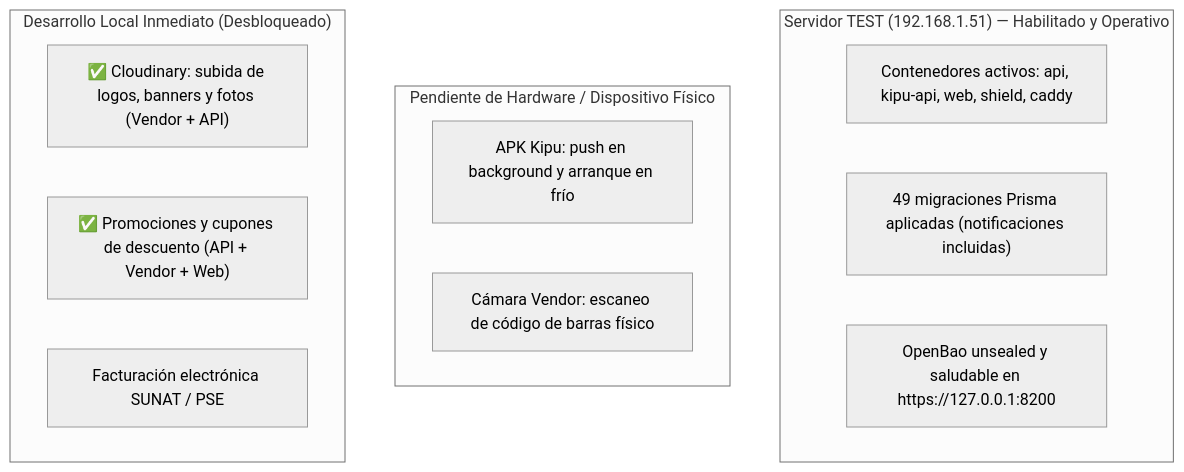
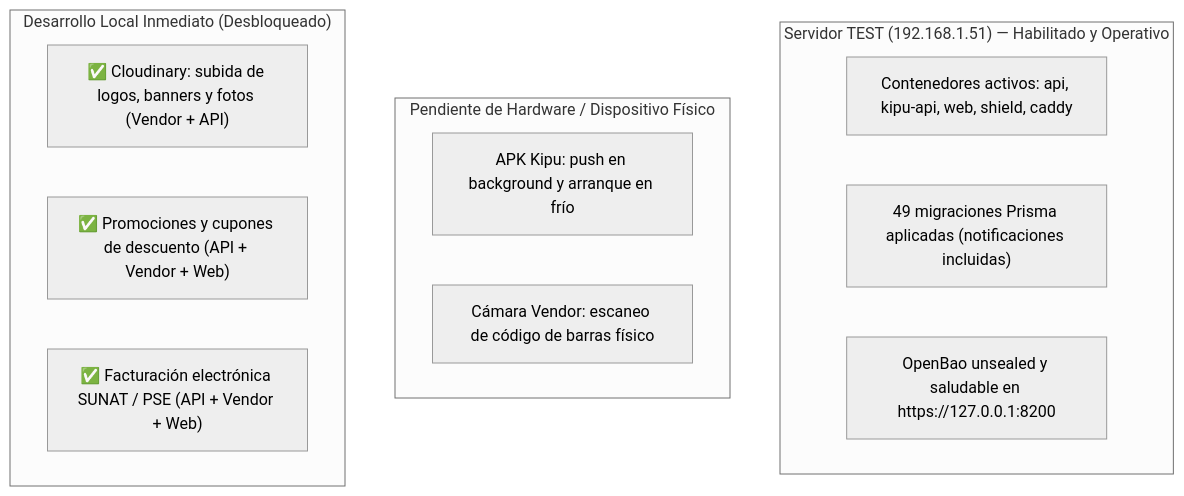
Before and after one commit to kanoso/ecommcerce-saas-sonet: the diagram in DOCS/PENDIENTES_DOCUMENTACION.md, drawn with Mermaid (neutral theme). The commit also changed other lines of this file, not shown here.

Commit message:
docs(pendientes): mark facturacion electronica sunat as completed via sdd

````diff
--- a/DOCS/PENDIENTES_DOCUMENTACION.md
+++ b/DOCS/PENDIENTES_DOCUMENTACION.md
@@ -11,19 +11,19 @@
 ```mermaid
 flowchart TD
     subgraph Servidor_TEST ["Servidor TEST (192.168.1.51) — Habilitado y Operativo"]
         T1["Contenedores activos: api, kipu-api, web, shield, caddy"]
         T2["49 migraciones Prisma aplicadas (notificaciones incluidas)"]
         T3["OpenBao unsealed y saludable en https://127.0.0.1:8200"]
     end
 
     subgraph Hardware_Real ["Pendiente de Hardware / Dispositivo Físico"]
         H1["APK Kipu: push en background y arranque en frío"]
         H2["Cámara Vendor: escaneo de código de barras físico"]
     end
 
     subgraph Desarrollo_Local ["Desarrollo Local Inmediato (Desbloqueado)"]
         D1["✅ Cloudinary: subida de logos, banners y fotos (Vendor + API)"]
         D2["✅ Promociones y cupones de descuento (API + Vendor + Web)"]
-        D3["Facturación electrónica SUNAT / PSE"]
+        D3["✅ Facturación electrónica SUNAT / PSE (API + Vendor + Web)"]
     end
 ```
````
